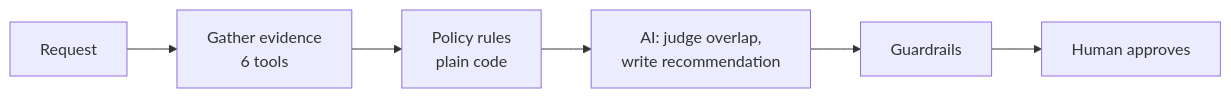
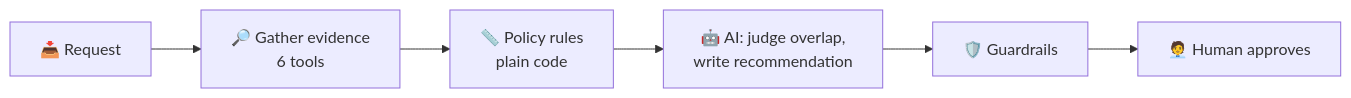
One commit to brixdorf/procurement-request-copilot changed the first of 3 diagrams in README.md. Above: the diagram before and after it, drawn with Mermaid. The commit also changed other lines of this file, not shown here.

Commit message:
README: modern layout with badges, diagrams for both architectures, collapsible extras

````diff
--- a/README.md
+++ b/README.md
@@ -45,8 +79,8 @@
 ```mermaid
 flowchart LR
-    R[Request] --> E[Gather evidence<br/>6 tools]
-    E --> P[Policy rules<br/>plain code]
-    P --> M[AI: judge overlap,<br/>write recommendation]
-    M --> G[Guardrails]
-    G --> H[Human approves]
+    R[📥 Request] --> E[🔎 Gather evidence<br/>6 tools]
+    E --> P[📏 Policy rules<br/>plain code]
+    P --> M[🤖 AI: judge overlap,<br/>write recommendation]
+    M --> G[🛡️ Guardrails]
+    G --> H[🧑‍💼 Human approves]
 ```
````
